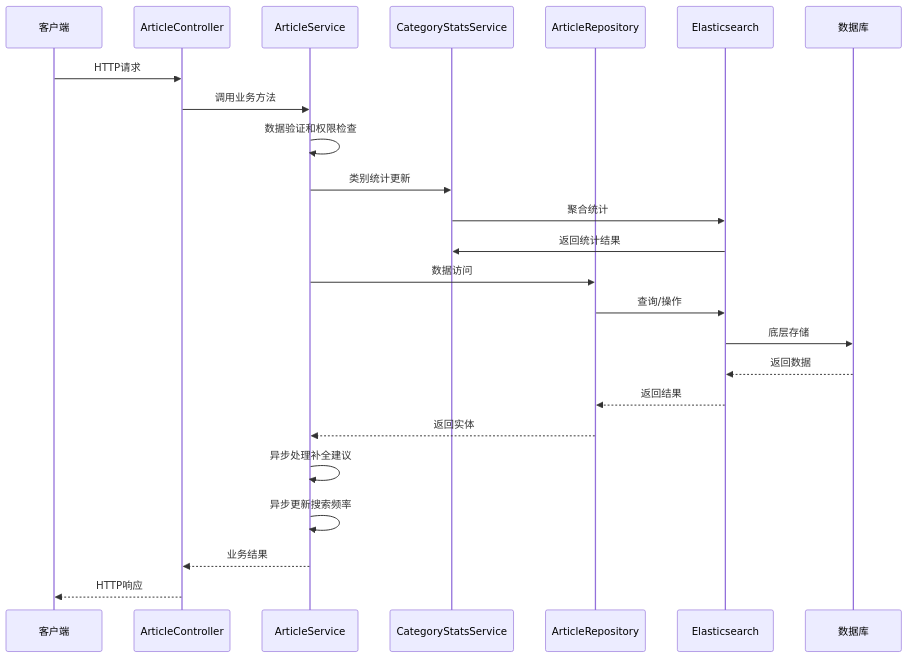
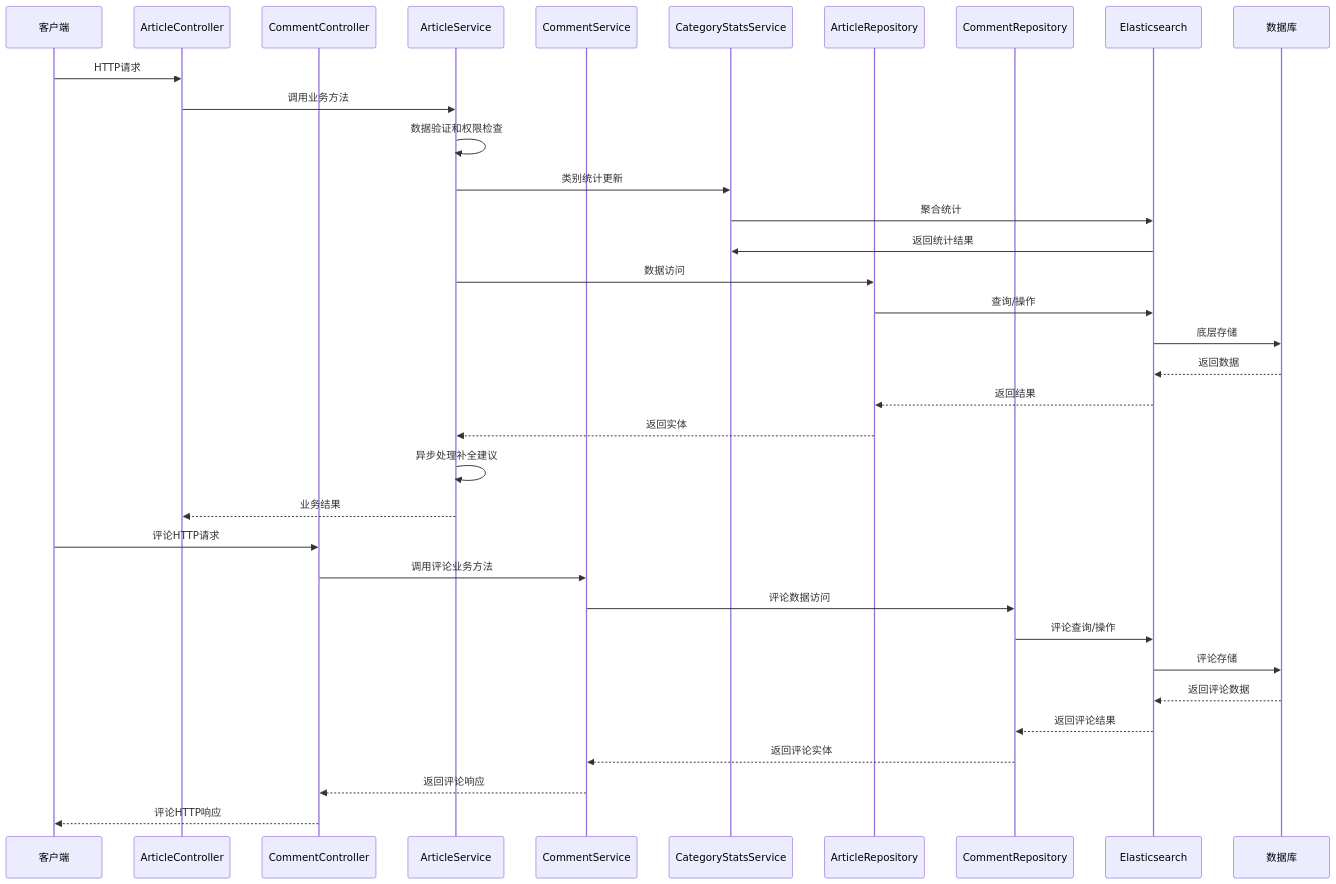
Before and after one commit to 20164206160/zhishilu: the second of 10 diagrams in .qoder/repowiki/zh/content/文章内容管理/文章服务层实现/文章服务层实现.md, drawn with Mermaid. The commit also changed other lines of this file and 4 other files, not shown here.

````diff
--- a/.qoder/repowiki/zh/content/文章内容管理/文章服务层实现/文章服务层实现.md
+++ b/.qoder/repowiki/zh/content/文章内容管理/文章服务层实现/文章服务层实现.md
@@ -326,26 +453,37 @@
 ```mermaid
 sequenceDiagram
 participant C as 客户端
 participant AC as ArticleController
+participant CC as CommentController
 participant AS as ArticleService
+participant CS as CommentService
 participant CSS as CategoryStatsService
 participant AR as ArticleRepository
+participant CR as CommentRepository
 participant ES as Elasticsearch
 participant DB as 数据库
 C->>AC : HTTP请求
 AC->>AS : 调用业务方法
 AS->>AS : 数据验证和权限检查
 AS->>CSS : 类别统计更新
 CSS->>ES : 聚合统计
 ES->>CSS : 返回统计结果
 AS->>AR : 数据访问
 AR->>ES : 查询/操作
 ES->>DB : 底层存储
 DB-->>ES : 返回数据
 ES-->>AR : 返回结果
 AR-->>AS : 返回实体
 AS->>AS : 异步处理补全建议
-AS->>AS : 异步更新搜索频率
 AS-->>AC : 业务结果
-AC-->>C : HTTP响应
+C->>CC : 评论HTTP请求
+CC->>CS : 调用评论业务方法
+CS->>CR : 评论数据访问
+CR->>ES : 评论查询/操作
+ES->>DB : 评论存储
+DB-->>ES : 返回评论数据
+ES-->>CR : 返回评论结果
+CR-->>CS : 返回评论实体
+CS-->>CC : 返回评论响应
+CC-->>C : 评论HTTP响应
 ```
````
